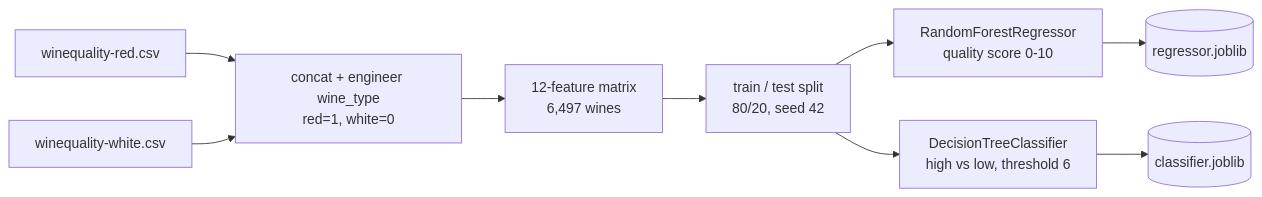
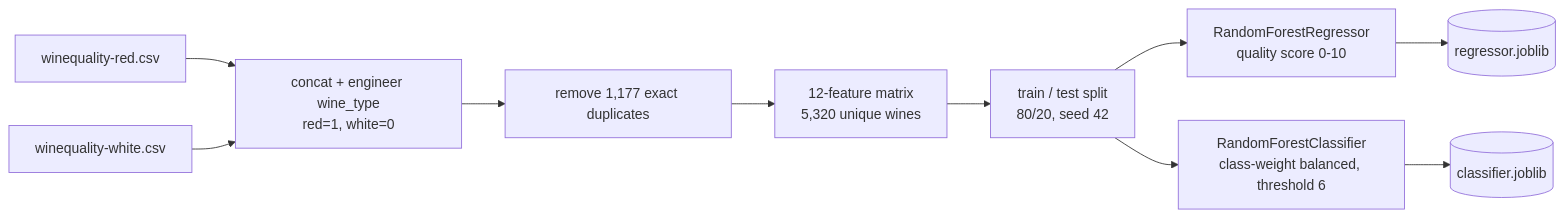
The first of 2 diagrams in docs/article.md (lfariabr/sommelier-api), drawn with Mermaid before and after one commit. The commit also changed other lines of this file and 1 other file, not shown here.

````diff
--- a/docs/article.md
+++ b/docs/article.md
@@ -38,11 +45,12 @@
 ```mermaid
 flowchart LR
     R[winequality-red.csv] --> M[concat + engineer wine_type<br/>red=1, white=0]
     W[winequality-white.csv] --> M
-    M --> X[12-feature matrix<br/>6,497 wines]
+    M --> D[remove 1,177 exact duplicates]
+    D --> X[12-feature matrix<br/>5,320 unique wines]
     X --> S[train / test split<br/>80/20, seed 42]
     S --> RF[RandomForestRegressor<br/>quality score 0-10]
-    S --> DT[DecisionTreeClassifier<br/>high vs low, threshold 6]
+    S --> CF[RandomForestClassifier<br/>class-weight balanced, threshold 6]
     RF --> RJ[(regressor.joblib)]
-    DT --> CJ[(classifier.joblib)]
+    CF --> CJ[(classifier.joblib)]
 ```
````
